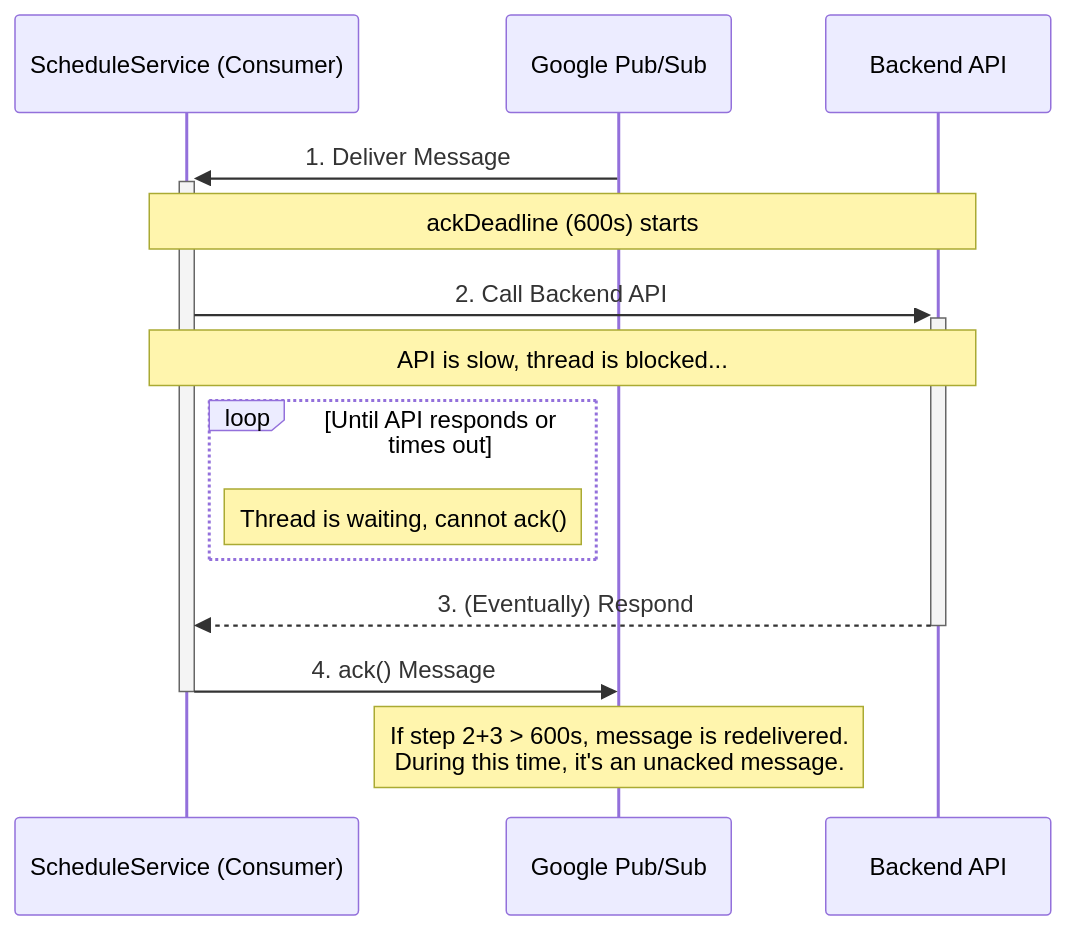
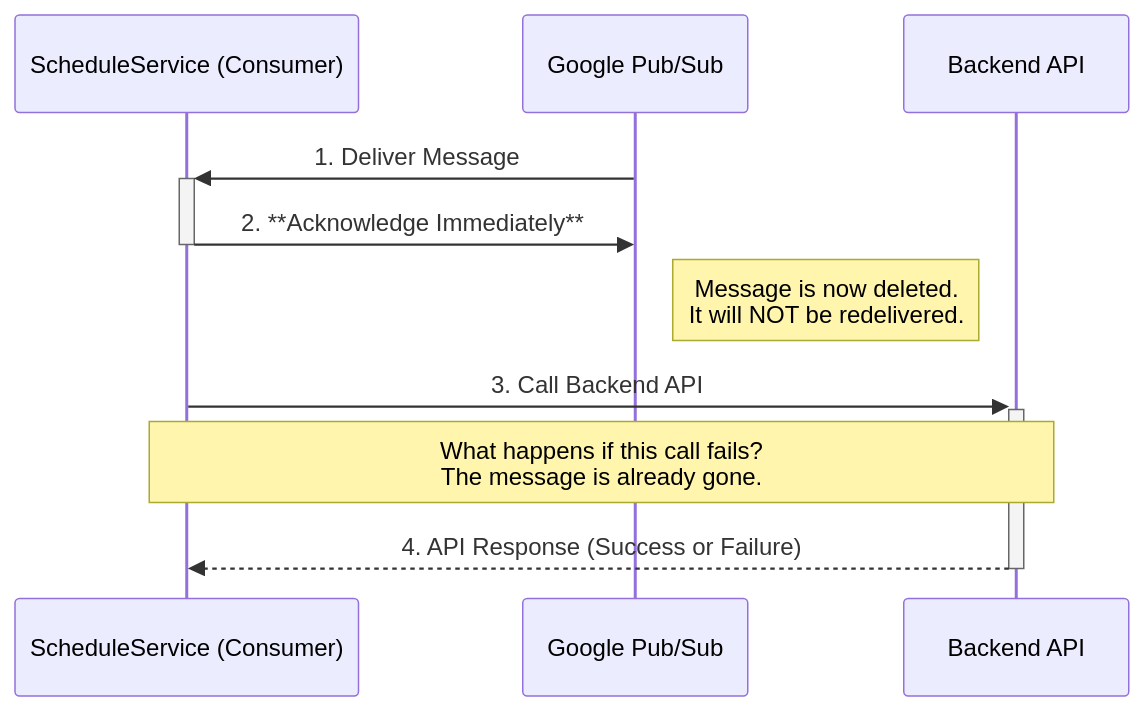
The first of 5 diagrams in gcp/pub-sub/unacked-message-by-region.md (aibangjuxin/knowledge), drawn with Mermaid before and after one commit. The commit also changed other lines of this file and 1 other file, not shown here.

Commit message:
This is for my macOS git push or pull at Fri Jul  4 12:15:41 CST 2025. Last changed file: gcp/pub-sub/unacked-message-by-region.md

````diff
--- a/gcp/pub-sub/unacked-message-by-region.md
+++ b/gcp/pub-sub/unacked-message-by-region.md
@@ -18,17 +21,13 @@
 ```mermaid
 sequenceDiagram
     participant Sub as ScheduleService (Consumer)
     participant PubSub as Google Pub/Sub
     participant API as Backend API
 
     PubSub->>+Sub: 1. Deliver Message
-    Note over Sub,API: ackDeadline (600s) starts
-    Sub->>+API: 2. Call Backend API
-    Note over Sub,API: API is slow, thread is blocked...
-    loop Until API responds or times out
-        Note right of Sub: Thread is waiting, cannot ack()
-    end
-    API-->>-Sub: 3. (Eventually) Respond
-    Sub->>-PubSub: 4. ack() Message
-    Note over PubSub: If step 2+3 > 600s, message is redelivered. <br/> During this time, it's an unacked message.
+    Sub->>-PubSub: 2. **Acknowledge Immediately**
+    Note right of PubSub: Message is now deleted. <br/> It will NOT be redelivered.
+    Sub->>+API: 3. Call Backend API
+    Note over Sub,API: What happens if this call fails? <br/> The message is already gone.
+    API-->>-Sub: 4. API Response (Success or Failure)
 ```
````
